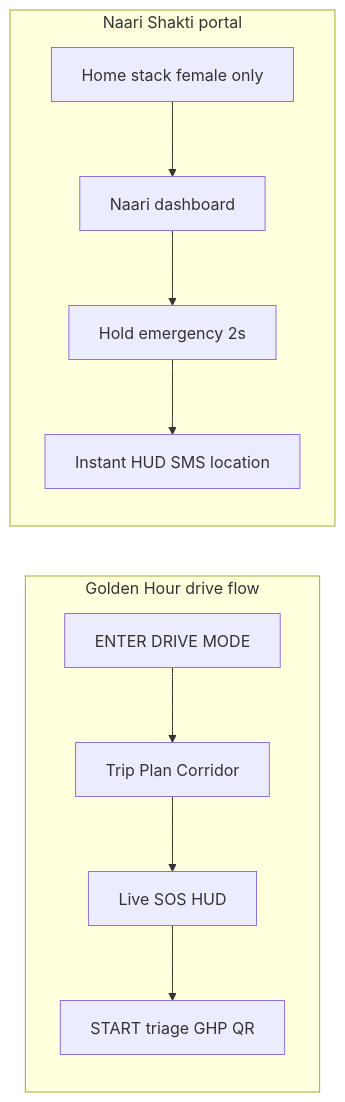
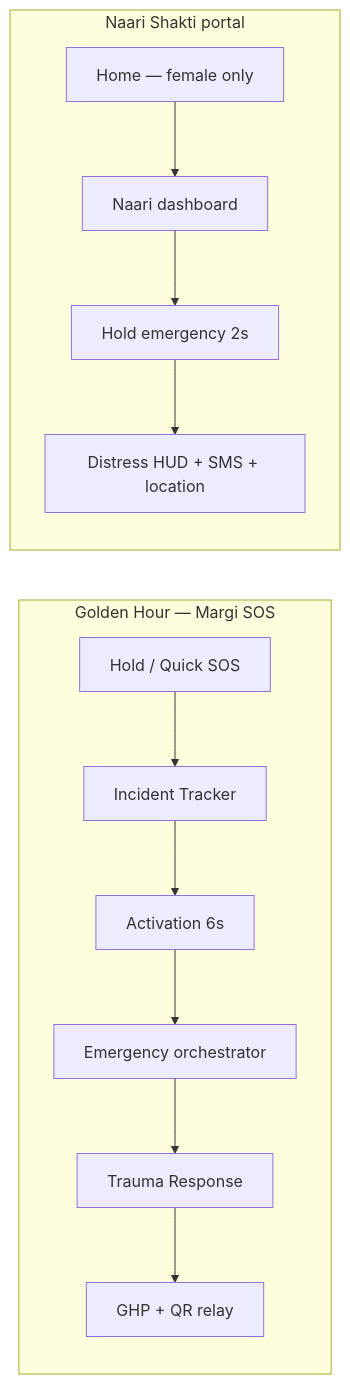
Before and after one commit to Stormynubee/novadrive: the first of 3 diagrams in README.md, drawn with Mermaid. The commit also changed other lines of this file and 2 other files, not shown here.

Commit message:
docs: refresh root and mobile README for v2.0.0 emergency automation

````diff
--- a/README.md
+++ b/README.md
@@ -39,13 +40,15 @@
 ```mermaid
 flowchart LR
-  subgraph goldenHour [Golden Hour drive flow]
-    Drive[ENTER DRIVE MODE] --> Trip[Trip Plan Corridor]
-    Trip --> HUD[Live SOS HUD]
-    HUD --> Triage[START triage GHP QR]
+  subgraph goldenHour [Golden Hour — Margi SOS]
+    SOS[Hold / Quick SOS] --> Pick[Incident Tracker]
+    Pick --> Act[Activation 6s]
+    Act --> Orch[Emergency orchestrator]
+    Orch --> Trauma[Trauma Response]
+    Trauma --> GHP[GHP + QR relay]
   end
   subgraph naari [Naari Shakti portal]
-    HomeNaari[Home stack female only] --> Portal[Naari dashboard]
+    HomeNaari[Home — female only] --> Portal[Naari dashboard]
     Portal --> Hold[Hold emergency 2s]
-    Hold --> Distress[Instant HUD SMS location]
+    Hold --> Distress[Distress HUD + SMS + location]
   end
 ```
````
